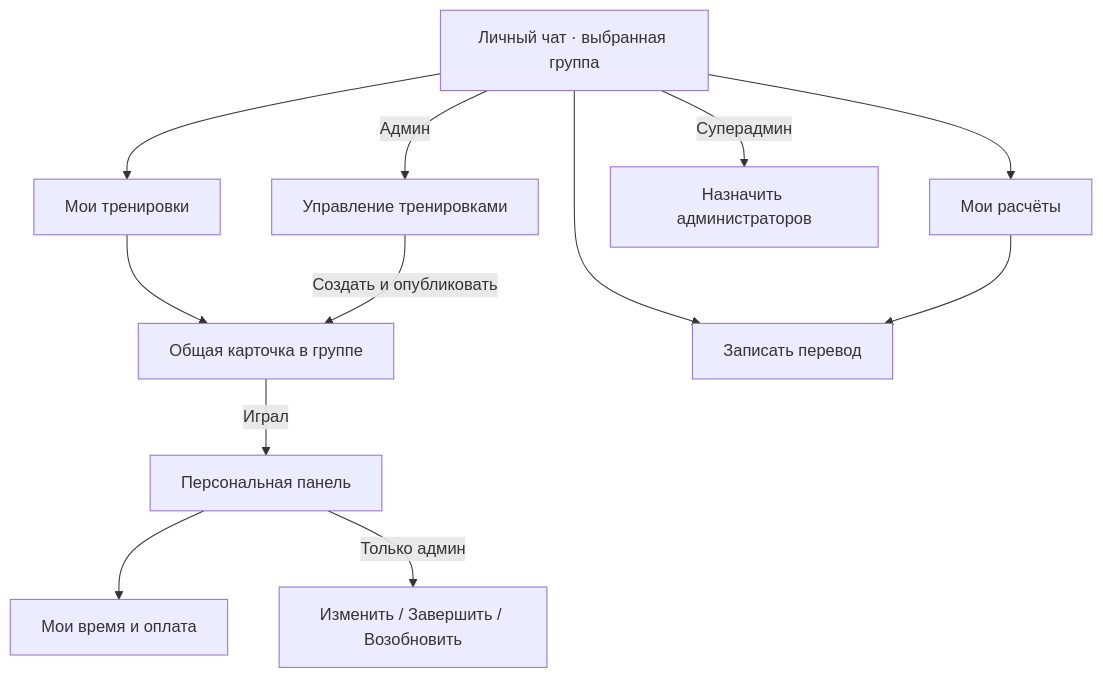
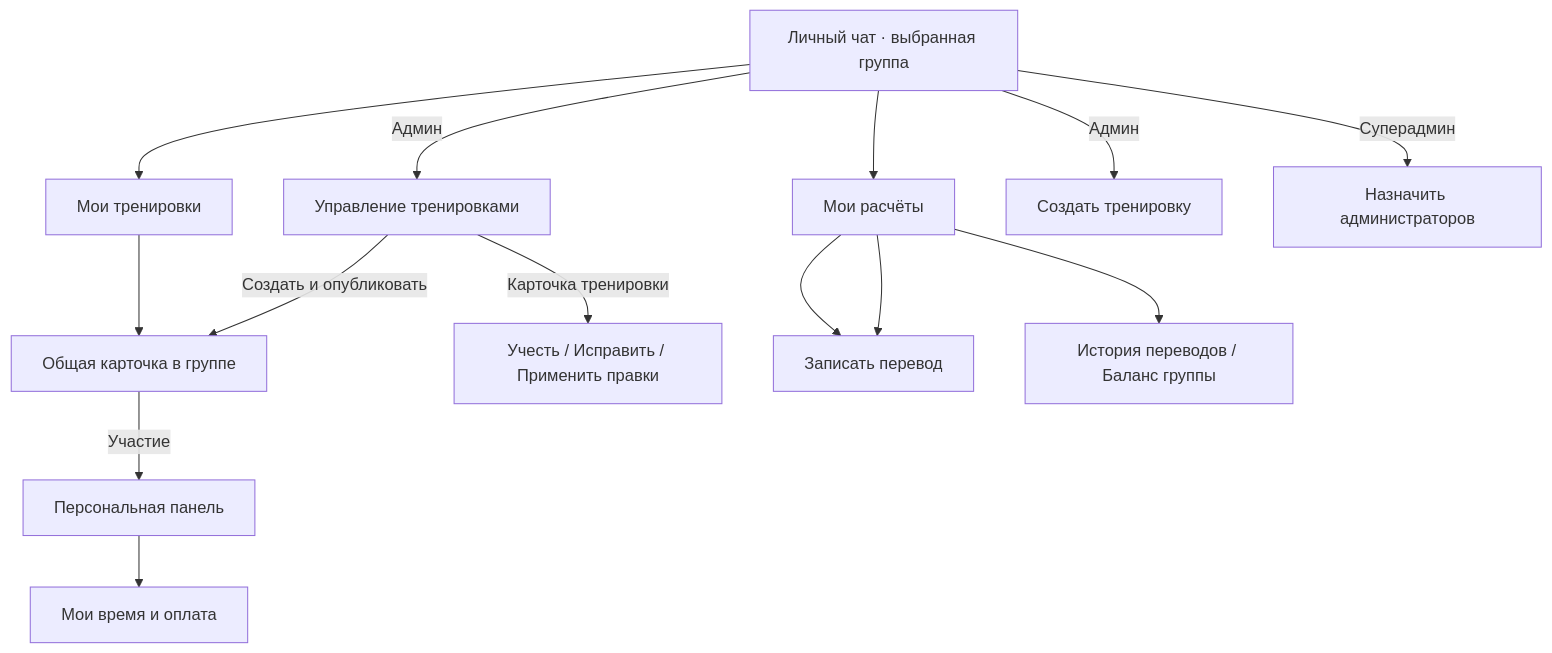
Before and after one commit to Romamor/tennis-split-bot: the first of 3 diagrams in docs/UI_FLOW_REVIEW.md, drawn with Mermaid. The commit also changed other lines of this file and 13 other files, not shown here.

Commit message:
Implement agreed bot UI flows and regression scenarios locally

````diff
--- a/docs/UI_FLOW_REVIEW.md
+++ b/docs/UI_FLOW_REVIEW.md
@@ -20,14 +20,16 @@
 ```mermaid
 flowchart TD
-    G["Общая карточка в группе"] -->|"Играл"| M["Персональная панель"]
+    G["Общая карточка в группе"] -->|"Участие"| M["Персональная панель"]
     M --> P["Мои время и оплата"]
-    M -->|"Только админ"| A["Изменить / Завершить / Возобновить"]
+    C -->|"Карточка тренировки"| A["Учесть / Исправить / Применить правки"]
     L["Личный чат · выбранная группа"] --> T["Мои тренировки"]
     L --> B["Мои расчёты"]
-    L --> R["Записать перевод"]
+    B --> R["Записать перевод"]
+    B --> H["История переводов / Баланс группы"]
+    L -->|"Админ"| N["Создать тренировку"]
     L -->|"Админ"| C["Управление тренировками"]
     L -->|"Суперадмин"| S["Назначить администраторов"]
     T --> G
     C -->|"Создать и опубликовать"| G
     B --> R
 ```
````
